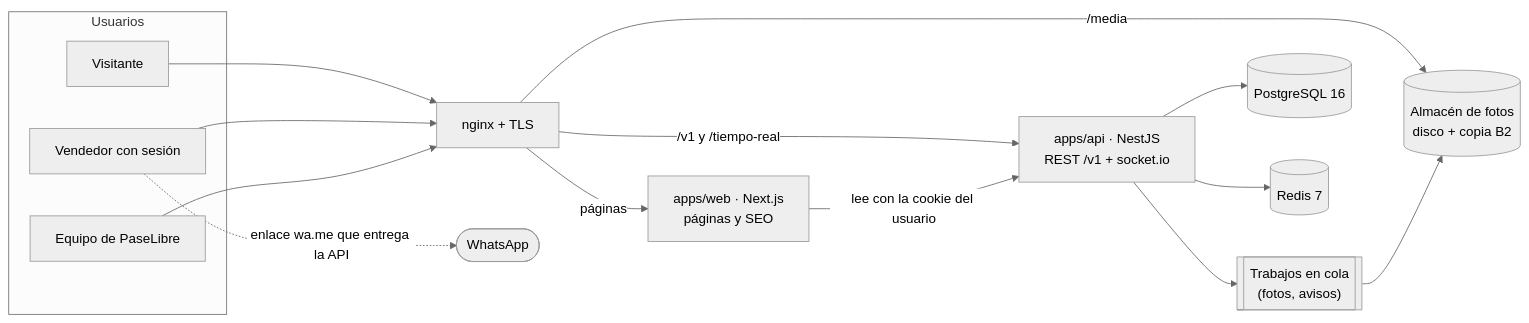
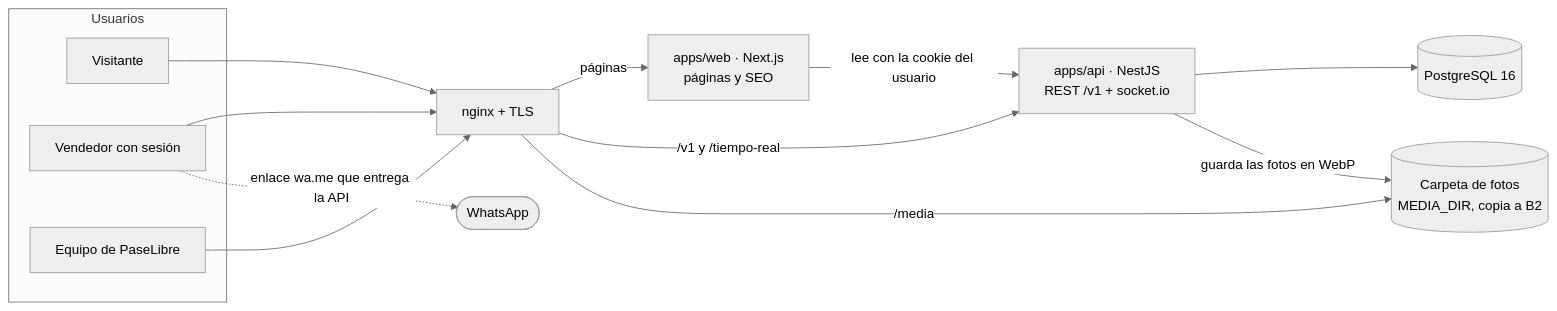
One commit to DazzleEaglePe/pase-libre changed the first of 2 diagrams in docs/05-arquitectura.md. Above: the diagram before and after it, drawn with Mermaid (neutral theme). The commit also changed other lines of this file and 9 other files, not shown here.

````diff
--- a/docs/05-arquitectura.md
+++ b/docs/05-arquitectura.md
@@ -46,26 +54,23 @@
 ```mermaid
 flowchart LR
   subgraph Usuarios
     V[Visitante]
     S[Vendedor con sesión]
     E[Equipo de PaseLibre]
   end
   N[nginx + TLS]
   W["apps/web · Next.js<br/>páginas y SEO"]
   A["apps/api · NestJS<br/>REST /v1 + socket.io"]
-  Q[["Trabajos en cola<br/>(fotos, avisos)"]]
   P[(PostgreSQL 16)]
-  R[(Redis 7)]
-  F[(Almacén de fotos<br/>disco + copia B2)]
+  F[(Carpeta de fotos<br/>MEDIA_DIR, copia a B2)]
   WA([WhatsApp])
 
   V & S & E --> N
   N -->|páginas| W
   N -->|/v1 y /tiempo-real| A
   N -->|/media| F
   W -->|"lee con la cookie del usuario"| A
   A --> P
-  A --> R
-  A --> Q --> F
+  A -->|"guarda las fotos en WebP"| F
   S -.->|enlace wa.me que entrega la API| WA
 ```
````
